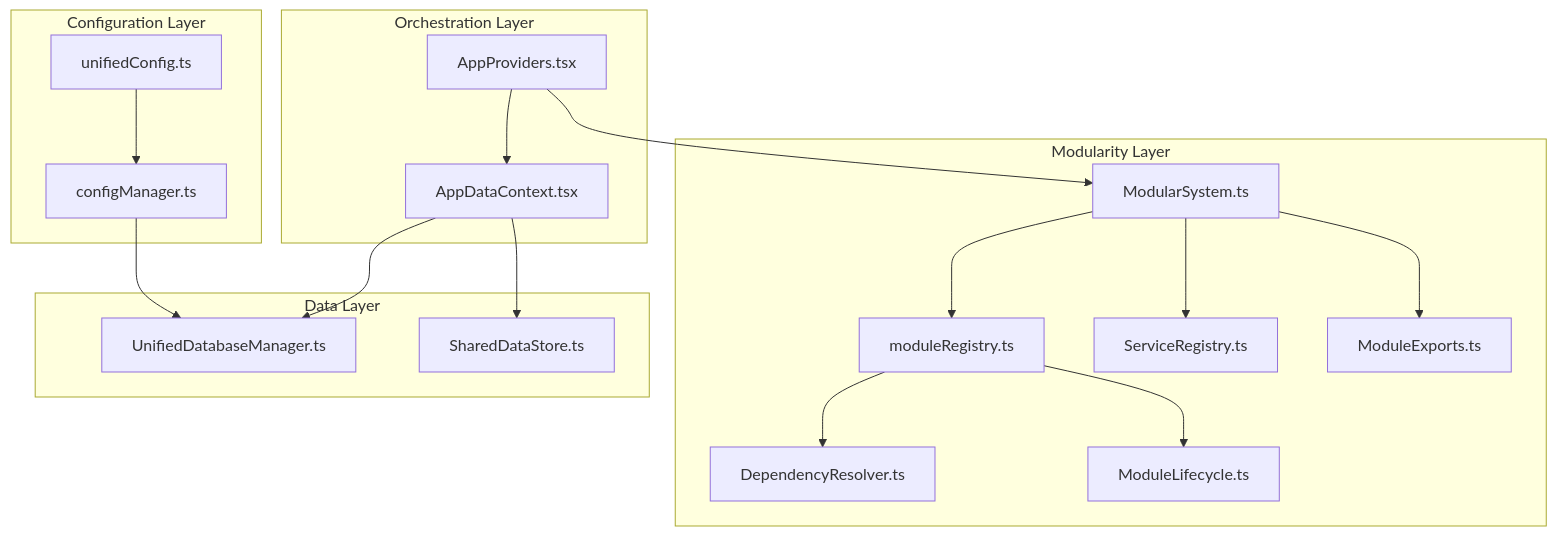
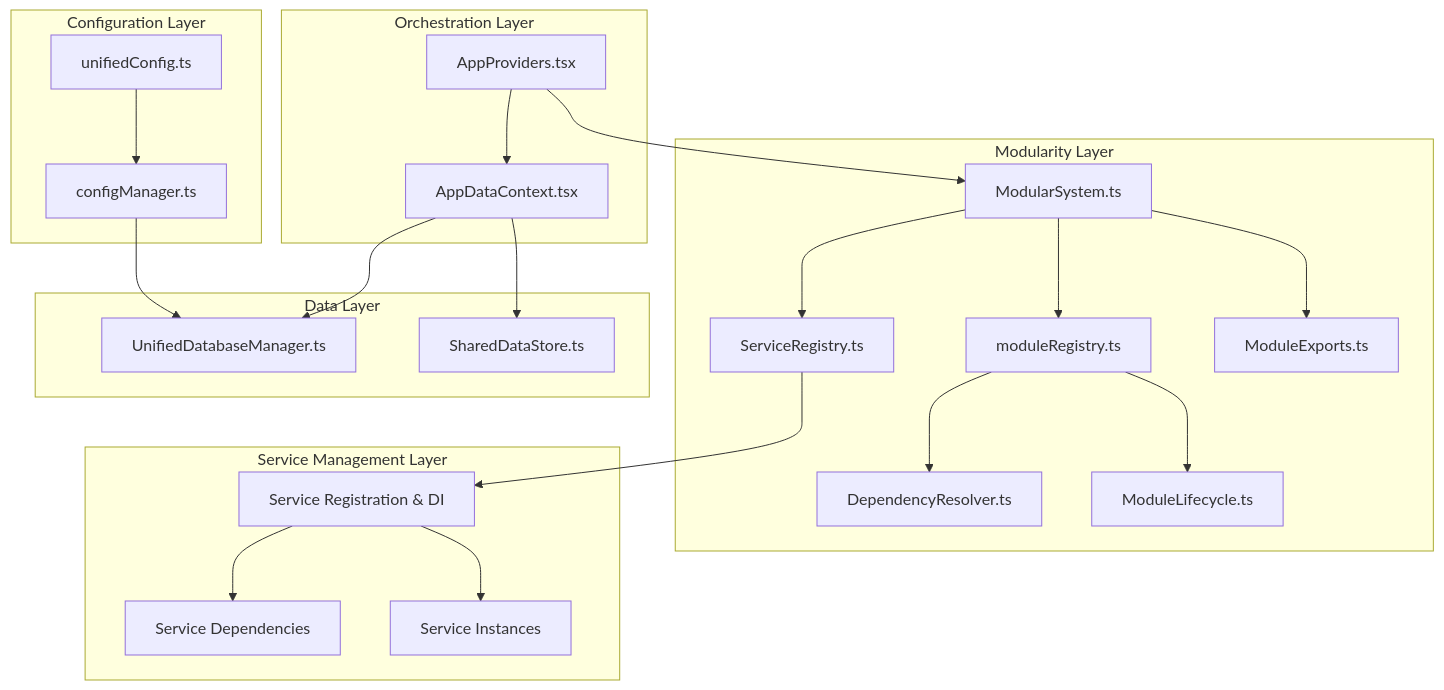
One commit to geniusdynamics/schoolpilot changed the first of 11 diagrams in .qoder/repowiki/en/content/Architecture Overview/Core Architectural Patterns/Core Architectural Patterns.md. Above: the diagram before and after it, drawn with Mermaid. The commit also changed other lines of this file and 21 other files, not shown here.

````diff
--- a/.qoder/repowiki/en/content/Architecture Overview/Core Architectural Patterns/Core Architectural Patterns.md
+++ b/.qoder/repowiki/en/content/Architecture Overview/Core Architectural Patterns/Core Architectural Patterns.md
@@ -49,34 +66,42 @@
 ```mermaid
 graph TB
 subgraph "Orchestration Layer"
 AP["AppProviders.tsx"]
 ADC["AppDataContext.tsx"]
 end
 subgraph "Modularity Layer"
 MS["ModularSystem.ts"]
 MR["moduleRegistry.ts"]
 SR["ServiceRegistry.ts"]
 ME["ModuleExports.ts"]
 DR["DependencyResolver.ts"]
 ML["ModuleLifecycle.ts"]
+end
+subgraph "Service Management Layer"
+SRS["Service Registration & DI"]
+SD["Service Dependencies"]
+SI["Service Instances"]
 end
 subgraph "Configuration Layer"
 UC["unifiedConfig.ts"]
 CM["configManager.ts"]
 end
 subgraph "Data Layer"
 UDM["UnifiedDatabaseManager.ts"]
 SDS["SharedDataStore.ts"]
 end
 AP --> ADC
 ADC --> UDM
 ADC --> SDS
 AP --> MS
 MS --> MR
 MS --> SR
 MS --> ME
 MR --> DR
 MR --> ML
+SR --> SRS
+SRS --> SD
+SRS --> SI
 UC --> CM
 CM --> UDM
 ```
````
